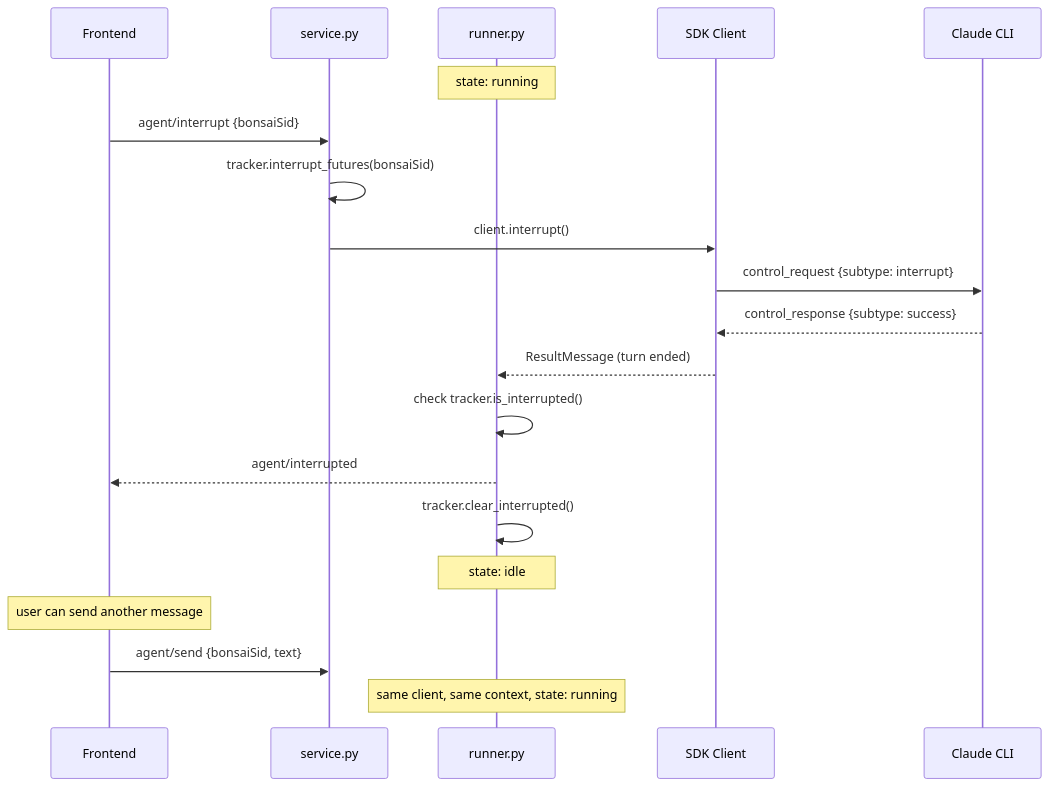
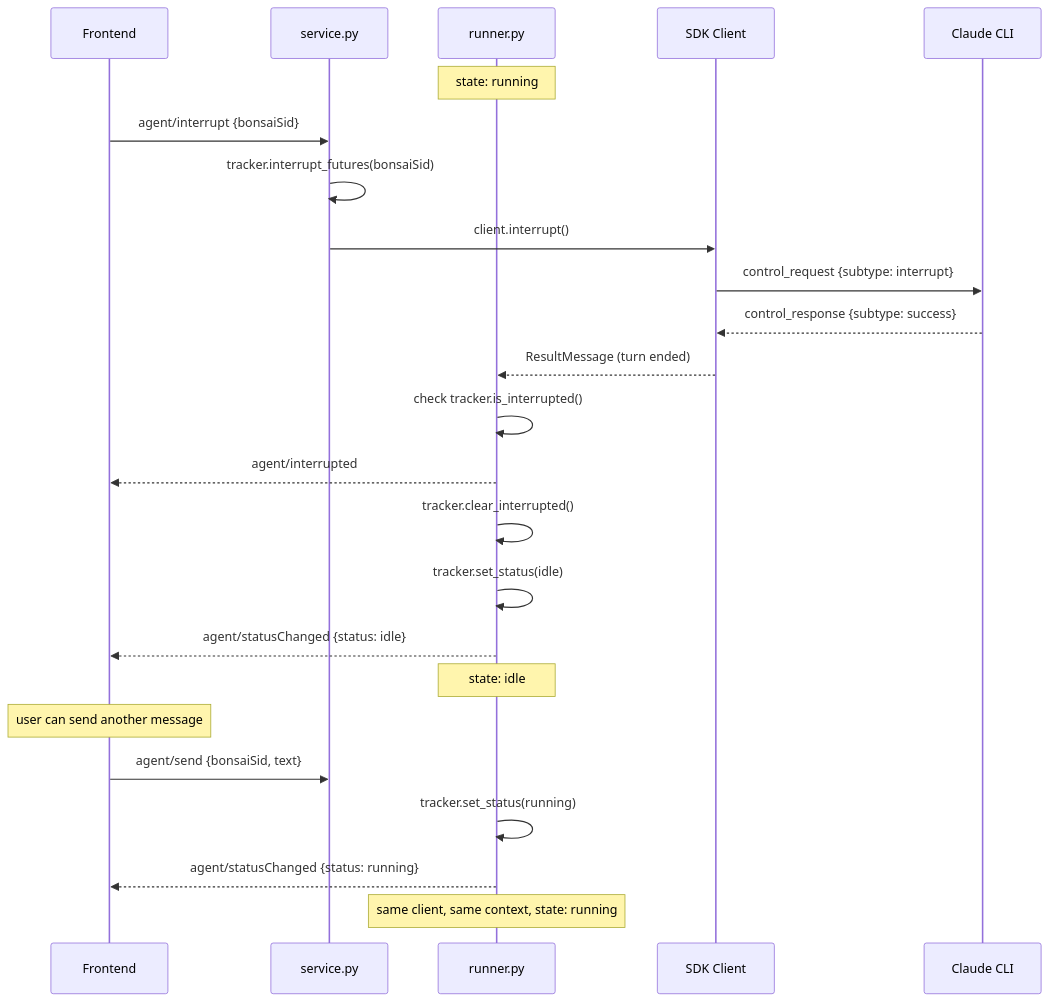
One commit to JetBrains/thinkrail changed the third of 5 diagrams in backend/app/agent/README.md. Above: the diagram before and after it, drawn with Mermaid. The commit also changed other lines of this file and 7 other files, not shown here.

````diff
--- a/backend/app/agent/README.md
+++ b/backend/app/agent/README.md
@@ -122,26 +126,30 @@
 ```mermaid
 sequenceDiagram
     participant F as Frontend
     participant Svc as service.py
     participant R as runner.py
     participant SDK as SDK Client
     participant CLI as Claude CLI
 
     Note over R: state: running
 
     F->>Svc: agent/interrupt {bonsaiSid}
     Svc->>Svc: tracker.interrupt_futures(bonsaiSid)
     Svc->>SDK: client.interrupt()
     SDK->>CLI: control_request {subtype: interrupt}
     CLI-->>SDK: control_response {subtype: success}
     SDK-->>R: ResultMessage (turn ended)
 
     R->>R: check tracker.is_interrupted()
     R-->>F: agent/interrupted
     R->>R: tracker.clear_interrupted()
+    R->>R: tracker.set_status(idle)
+    R-->>F: agent/statusChanged {status: idle}
     Note over R: state: idle
 
     Note over F: user can send another message
     F->>Svc: agent/send {bonsaiSid, text}
+    R->>R: tracker.set_status(running)
+    R-->>F: agent/statusChanged {status: running}
     Note over R: same client, same context, state: running
 ```
````
